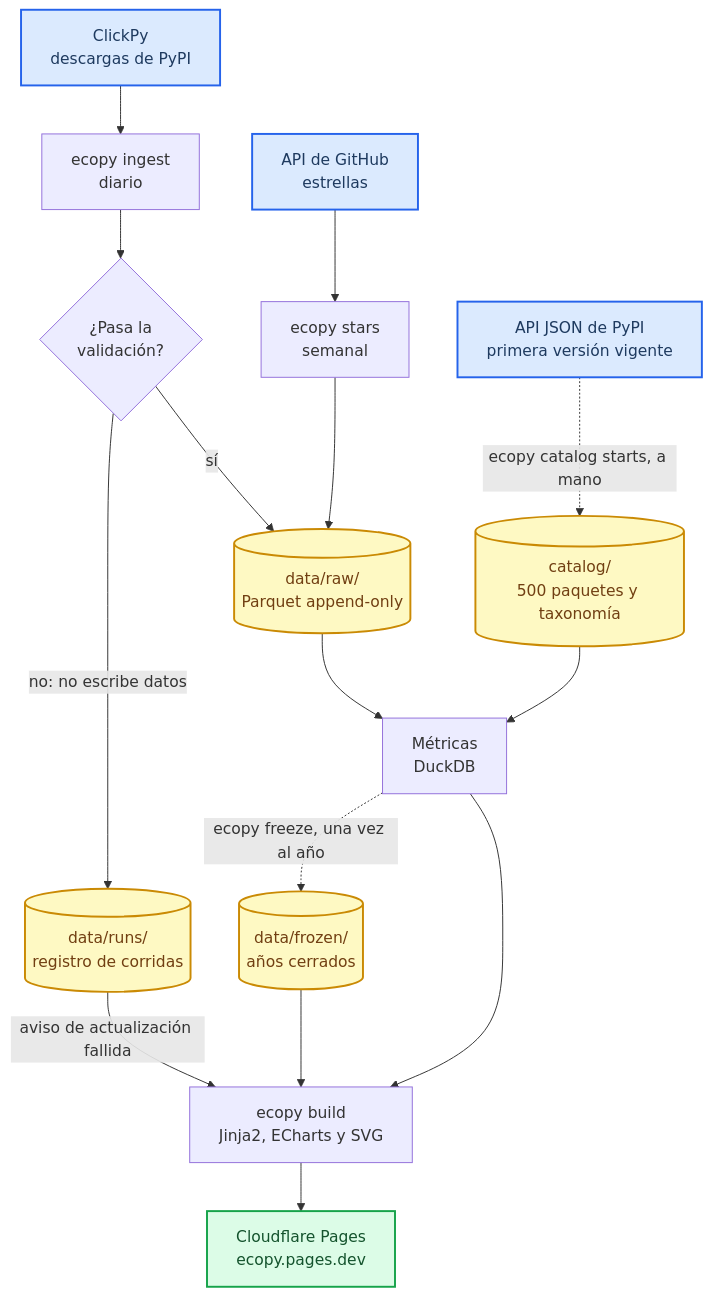
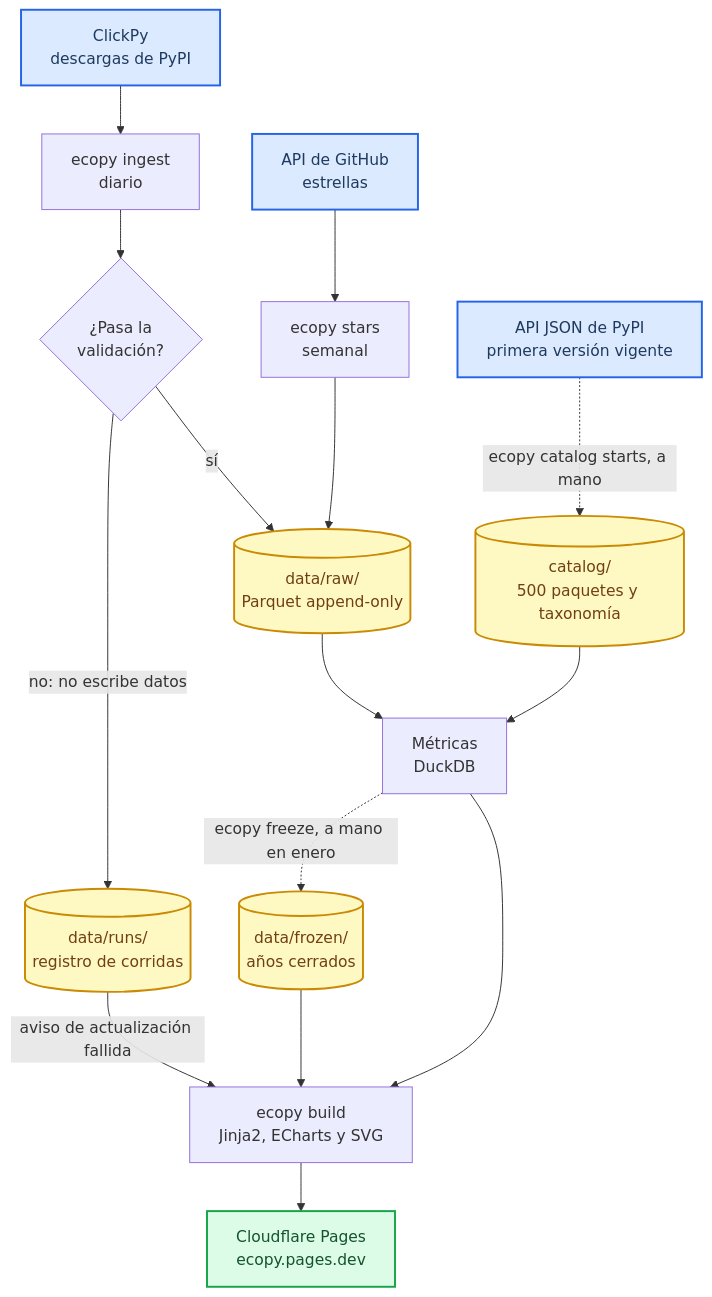
The first of 4 diagrams in README.md (AndresPampa/ecopy), drawn with Mermaid before and after one commit. The commit also changed other lines of this file and 22 other files, not shown here.

````diff
--- a/README.md
+++ b/README.md
@@ -57,28 +58,28 @@
 ```mermaid
 flowchart TD
     accTitle: Flujo de datos de ecopy
     accDescr: Las descargas de ClickPy y las estrellas de GitHub se validan y se guardan como Parquet en data. La API de PyPI da al catálogo la primera versión vigente de cada paquete. Junto con el catálogo alimentan el cálculo de métricas, que genera el sitio estático publicado en Cloudflare Pages.
 
     clickpy["ClickPy<br/>descargas de PyPI"] --> ingest["ecopy ingest<br/>diario"]
     github["API de GitHub<br/>estrellas"] --> stars["ecopy stars<br/>semanal"]
     ingest --> validate{"¿Pasa la<br/>validación?"}
     validate -->|"no: no escribe datos"| runs[("data/runs/<br/>registro de corridas")]
     validate -->|"sí"| raw[("data/raw/<br/>Parquet append-only")]
     stars --> raw
     raw --> metrics["Métricas<br/>DuckDB"]
     catalog[("catalog/<br/>500 paquetes y taxonomía")] --> metrics
     pypi["API JSON de PyPI<br/>primera versión vigente"] -.->|"ecopy catalog starts, a mano"| catalog
-    metrics -.->|"ecopy freeze, una vez al año"| frozen[("data/frozen/<br/>años cerrados")]
+    metrics -.->|"ecopy freeze, a mano en enero"| frozen[("data/frozen/<br/>años cerrados")]
     metrics --> build["ecopy build<br/>Jinja2, ECharts y SVG"]
     frozen --> build
     runs -->|"aviso de actualización fallida"| build
     build --> pages["Cloudflare Pages<br/>ecopy.pages.dev"]
 
     classDef source fill:#dbeafe,stroke:#2563eb,stroke-width:2px,color:#1e3a5f
     classDef store fill:#fef9c3,stroke:#ca8a04,stroke-width:2px,color:#713f12
     classDef output fill:#dcfce7,stroke:#16a34a,stroke-width:2px,color:#14532d
 
     class clickpy,github,pypi source
     class catalog,raw,runs,frozen store
     class pages output
 ```
````
